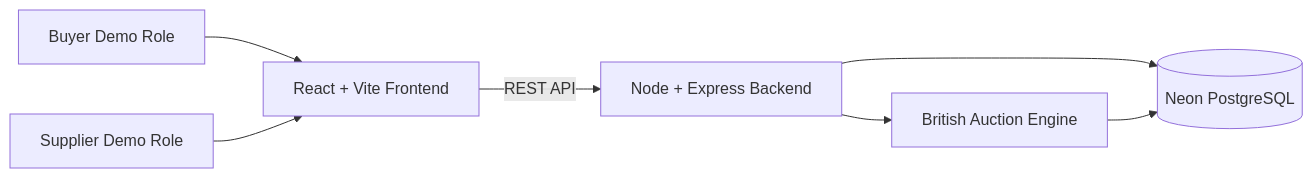
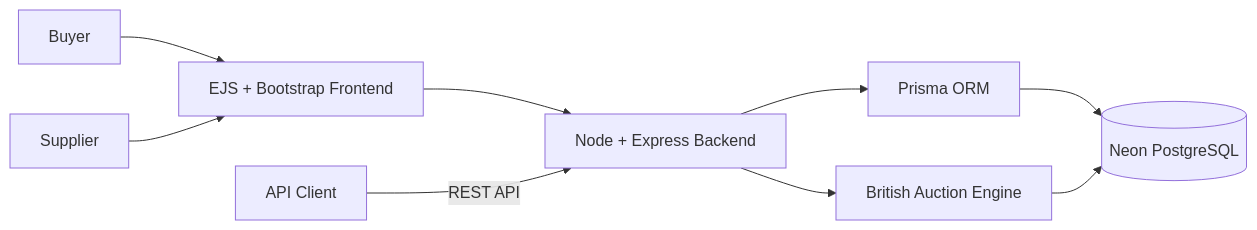
One commit to anujsoni3/British-Auction-System changed the first of 2 diagrams in docs/HLD.md. Above: the diagram before and after it, drawn with Mermaid. The commit also changed other lines of this file and 32 other files, not shown here.

Commit message:
refactor: align backend with prisma ejs assignment stack

````diff
--- a/docs/HLD.md
+++ b/docs/HLD.md
@@ -5,9 +5,11 @@
 ```mermaid
 flowchart LR
-  Buyer[Buyer Demo Role] --> React[React + Vite Frontend]
-  Supplier[Supplier Demo Role] --> React
-  React -->|REST API| Express[Node + Express Backend]
+  Buyer[Buyer] --> EJS[EJS + Bootstrap Frontend]
+  Supplier[Supplier] --> EJS
+  EJS --> Express[Node + Express Backend]
+  Client[API Client] -->|REST API| Express
   Express --> AuctionEngine[British Auction Engine]
-  Express --> Postgres[(Neon PostgreSQL)]
+  Express --> Prisma[Prisma ORM]
+  Prisma --> Postgres[(Neon PostgreSQL)]
   AuctionEngine --> Postgres
 ```
````
